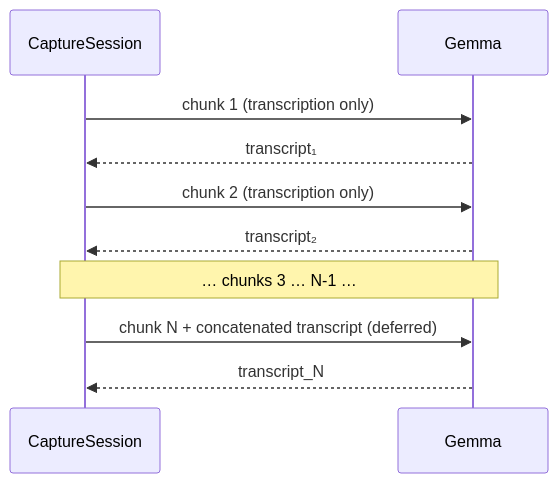
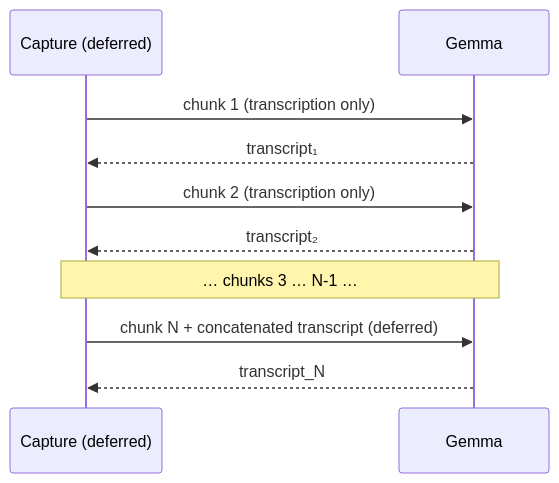
Before and after one commit to anchildress1/vestige: the second of 10 diagrams in docs/diagrams/adr-decisions.md, drawn with Mermaid. The commit also changed other lines of this file and 19 other files, not shown here.

First line of the commit message:
docs: align diagram atlas, stories, README & spec docs to implementation (#62)

````diff
--- a/docs/diagrams/adr-decisions.md
+++ b/docs/diagrams/adr-decisions.md
@@ -56,15 +77,15 @@
 ```mermaid
 sequenceDiagram
-    accTitle: ADR-001 Q4 over-30-second audio chunking
-    accDescr: For audio longer than 30 seconds, chunks 1 through N minus 1 are transcription-only calls. The deferred final chunk returns transcription and one follow-up.
+    accTitle: ADR-001 Q4 over-30-second audio chunking (DEFERRED — not built in v1)
+    accDescr: Deferred design only. For audio longer than 30 seconds, chunks 1 through N minus 1 would be transcription-only calls and the final chunk would return transcription and one follow-up. v1 does not implement this — AudioCapture hard-caps each recording at 30 seconds.
 
-    participant Cap as CaptureSession
+    participant Cap as Capture (deferred)
     participant G as Gemma
     Cap->>G: chunk 1 (transcription only)
     G-->>Cap: transcript₁
     Cap->>G: chunk 2 (transcription only)
     G-->>Cap: transcript₂
     Note over Cap,G: … chunks 3 … N-1 …
     Cap->>G: chunk N + concatenated transcript (deferred)
     G-->>Cap: transcript_N
 ```
````
